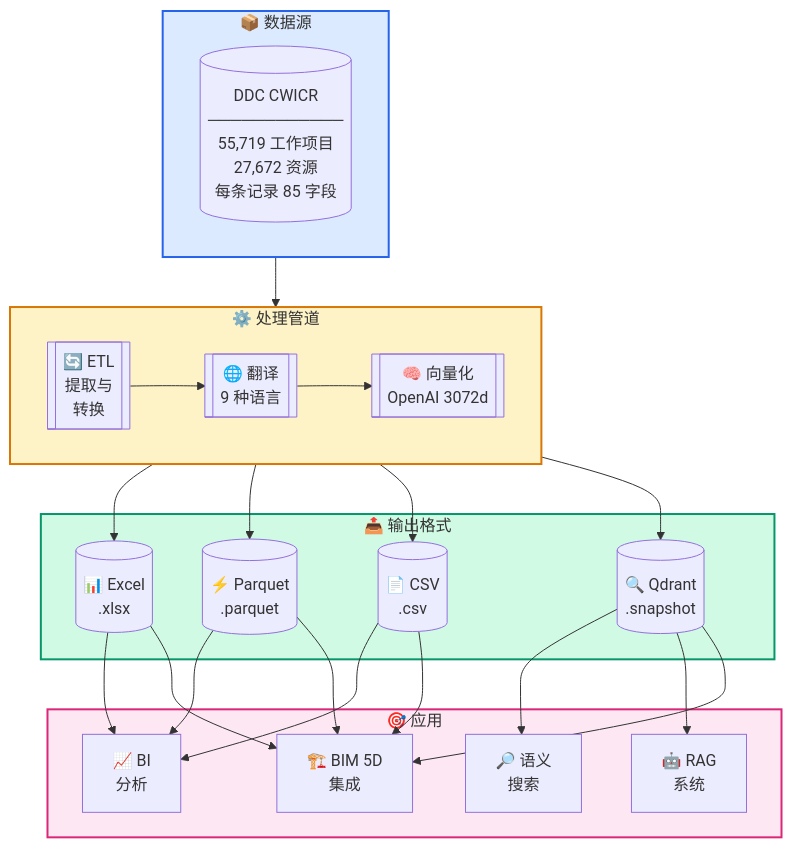
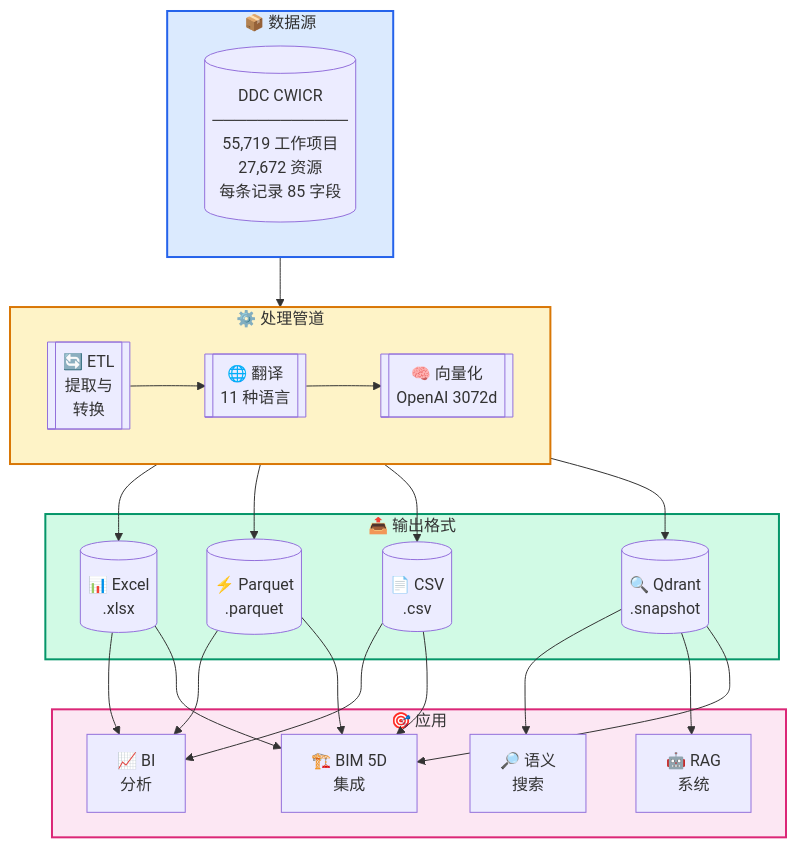
The second of 6 diagrams in README.zh.md (ehtick/OpenConstructionEstimate-DDC-CWICR), drawn with Mermaid before and after one commit. The commit also changed other lines of this file and 81 other files, not shown here.

````diff
--- a/README.zh.md
+++ b/README.zh.md
@@ -580,38 +580,38 @@
 ```mermaid
 flowchart TB
     subgraph Source["📦 数据源"]
         CWICR[(DDC CWICR<br/>────────────<br/>55,719 工作项目<br/>27,672 资源<br/>每条记录 85 字段)]
     end
 
     subgraph Processing["⚙️ 处理管道"]
         direction LR
         ETL[["🔄 ETL<br/>提取与<br/>转换"]]
-        TRANS[["🌐 翻译<br/>9 种语言"]]
+        TRANS[["🌐 翻译<br/>11 种语言"]]
         EMBED[["🧠 向量化<br/>OpenAI 3072d"]]
         ETL --> TRANS --> EMBED
     end
 
     subgraph Outputs["📤 输出格式"]
         XLSX[("📊 Excel<br/>.xlsx")]
         PARQUET[("⚡ Parquet<br/>.parquet")]
         CSV[("📄 CSV<br/>.csv")]
         QDRANT[("🔍 Qdrant<br/>.snapshot")]
     end
 
     subgraph Apps["🎯 应用"]
         SEARCH["🔎 语义<br/>搜索"]
         BIM["🏗️ BIM 5D<br/>集成"]
         RAG["🤖 RAG<br/>系统"]
         BI["📈 BI<br/>分析"]
     end
 
     Source --> Processing
     Processing --> XLSX & PARQUET & CSV & QDRANT
     XLSX & PARQUET & CSV --> BI & BIM
     QDRANT --> SEARCH & RAG & BIM
 
     style Source fill:#dbeafe,stroke:#2563eb,stroke-width:2px
     style Processing fill:#fef3c7,stroke:#d97706,stroke-width:2px
     style Outputs fill:#d1fae5,stroke:#059669,stroke-width:2px
     style Apps fill:#fce7f3,stroke:#db2777,stroke-width:2px
 ```
````
